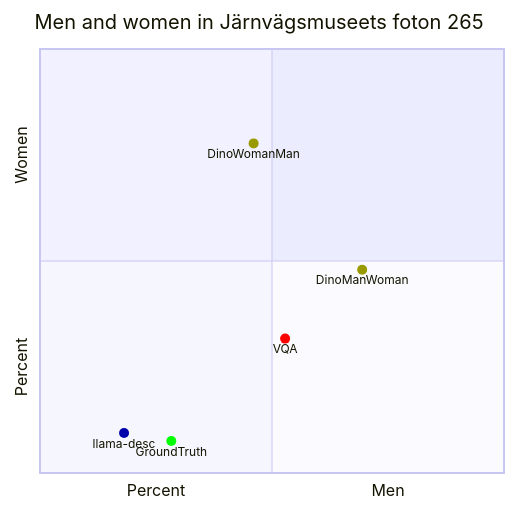
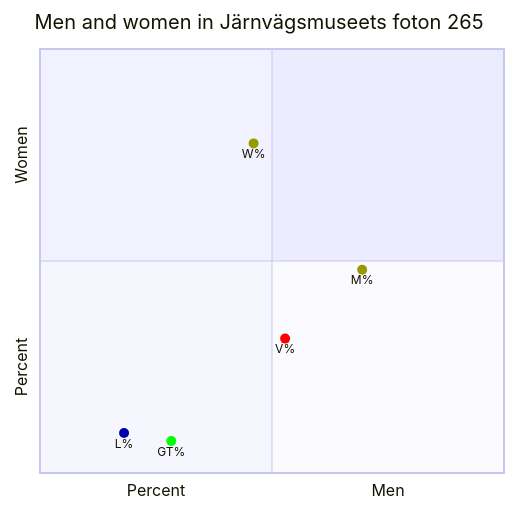
One commit to Modern36/tropes_1500 changed the second of 11 diagrams in browser/scatter.md. Above: the diagram before and after it, drawn with Mermaid. The commit also changed other lines of this file and 1 other file, not shown here.

````diff
--- a/browser/scatter.md
+++ b/browser/scatter.md
@@ -31,12 +28,12 @@
 ```mermaid
 quadrantChart
     title Men and women in Järnvägsmuseets foton 265
     x-axis Percent --> Men
     y-axis Percent --> Women
-    DinoManWoman: [0.6943396226415094, 0.47924528301886793] color: #999900
-    DinoWomanMan: [0.46037735849056605, 0.7773584905660378] color: #999900
-    GroundTruth: [0.2830188679245283, 0.07547169811320754] color: #00FF00
-    VQA: [0.5283018867924528, 0.3169811320754717] color: #FF0000
-    llama-desc: [0.1811320754716981, 0.09433962264150944] color: #0000AA
+    M%: [0.6943396226415094, 0.47924528301886793] color: #999900
+    W%: [0.46037735849056605, 0.7773584905660378] color: #999900
+    GT%: [0.2830188679245283, 0.07547169811320754] color: #00FF00
+    V%: [0.5283018867924528, 0.3169811320754717] color: #FF0000
+    L%: [0.1811320754716981, 0.09433962264150944] color: #0000AA
 
 ```
````
